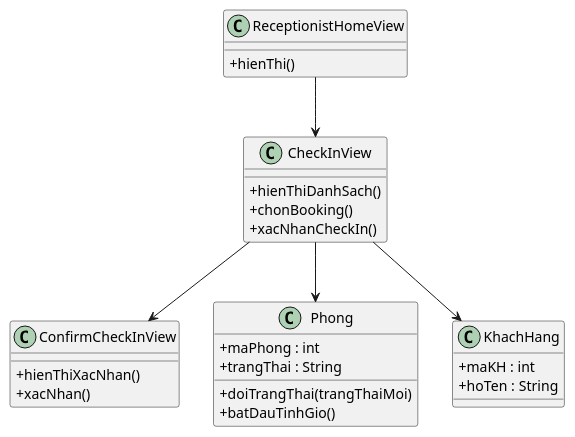
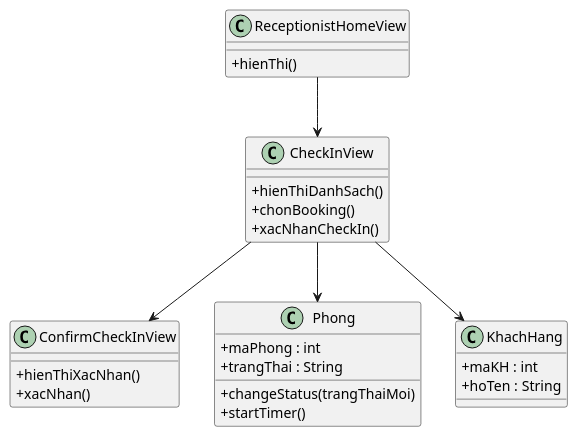
The third of 8 diagrams in docs/tabs/section-booking-ii.3-2.4.md (thanhtrnnn/cnpm), drawn with PlantUML before and after one commit. The commit also changed other lines of this file and 15 other files, not shown here.

First line of the commit message:
feat: add Phase II analysis BCE + sequence diagrams with narrative text

````diff
--- a/docs/tabs/section-booking-ii.3-2.4.md
+++ b/docs/tabs/section-booking-ii.3-2.4.md
@@ -103,37 +146,37 @@
 ```plantuml
 @startuml
 skinparam classAttributeIconSize 0
 
 class ReceptionistHomeView {
   +hienThi()
 }
 
 class CheckInView {
   +hienThiDanhSach()
   +chonBooking()
   +xacNhanCheckIn()
 }
 
 class ConfirmCheckInView {
   +hienThiXacNhan()
   +xacNhan()
 }
 
 class Phong {
   +maPhong : int
   +trangThai : String
-  +doiTrangThai(trangThaiMoi)
-  +batDauTinhGio()
+  +changeStatus(trangThaiMoi)
+  +startTimer()
 }
 
 class KhachHang {
   +maKH : int
   +hoTen : String
 }
 
 ReceptionistHomeView --> CheckInView
 CheckInView --> ConfirmCheckInView
 CheckInView --> Phong
 CheckInView --> KhachHang
 @enduml
 ```
````
